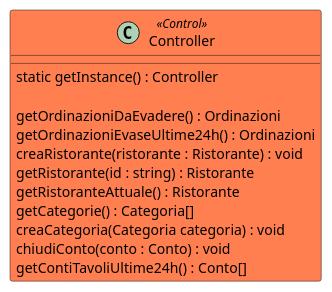
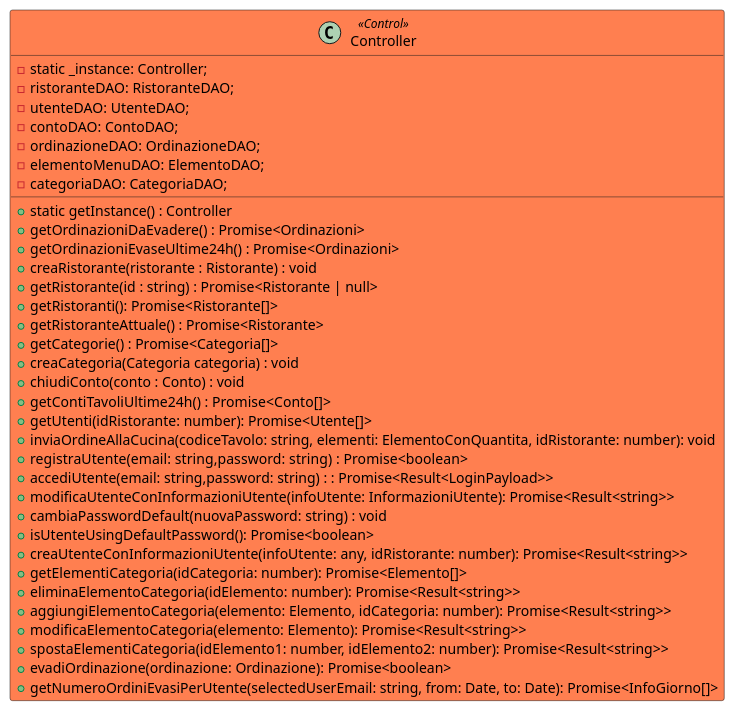
One commit to macro21KGB/Esame-INGSW-22-23 changed the diagram in diagrams/PUML/Controller.puml. Above: the diagram before and after it, drawn with PlantUML. The commit also changed 7 other files, not shown here.

```diff
--- a/diagrams/PUML/Controller.puml
+++ b/diagrams/PUML/Controller.puml
@@ -1,13 +1,35 @@
 class Controller <<Control>> #coral{
-static getInstance() : Controller 
-
-getOrdinazioniDaEvadere() : Ordinazioni
-getOrdinazioniEvaseUltime24h() : Ordinazioni
-creaRistorante(ristorante : Ristorante) : void
-getRistorante(id : string) : Ristorante
-getRistoranteAttuale() : Ristorante
-getCategorie() : Categoria[]
-creaCategoria(Categoria categoria) : void 
-chiudiConto(conto : Conto) : void
-getContiTavoliUltime24h() : Conto[]
++static getInstance() : Controller 
+- static _instance: Controller;
+- ristoranteDAO: RistoranteDAO;
+- utenteDAO: UtenteDAO;
+- contoDAO: ContoDAO;
+- ordinazioneDAO: OrdinazioneDAO;
+- elementoMenuDAO: ElementoDAO;
+- categoriaDAO: CategoriaDAO;
++getOrdinazioniDaEvadere() : Promise<Ordinazioni>
++getOrdinazioniEvaseUltime24h() : Promise<Ordinazioni>
++creaRistorante(ristorante : Ristorante) : void
++getRistorante(id : string) : Promise<Ristorante | null>
++getRistoranti(): Promise<Ristorante[]>
++getRistoranteAttuale() : Promise<Ristorante> 
++getCategorie() : Promise<Categoria[]>
++creaCategoria(Categoria categoria) : void 
++chiudiConto(conto : Conto) : void
++getContiTavoliUltime24h() : Promise<Conto[]>
++getUtenti(idRistorante: number): Promise<Utente[]>
++inviaOrdineAllaCucina(codiceTavolo: string, elementi: ElementoConQuantita, idRistorante: number): void
++registraUtente(email: string,password: string) :  Promise<boolean> 
++accediUtente(email: string,password: string) : : Promise<Result<LoginPayload>>
++modificaUtenteConInformazioniUtente(infoUtente: InformazioniUtente): Promise<Result<string>> 
++cambiaPasswordDefault(nuovaPassword: string) : void
++isUtenteUsingDefaultPassword(): Promise<boolean>
++creaUtenteConInformazioniUtente(infoUtente: any, idRistorante: number): Promise<Result<string>>
++getElementiCategoria(idCategoria: number): Promise<Elemento[]>
++eliminaElementoCategoria(idElemento: number): Promise<Result<string>>
++aggiungiElementoCategoria(elemento: Elemento, idCategoria: number): Promise<Result<string>>
++modificaElementoCategoria(elemento: Elemento): Promise<Result<string>>
++spostaElementiCategoria(idElemento1: number, idElemento2: number): Promise<Result<string>>
++evadiOrdinazione(ordinazione: Ordinazione): Promise<boolean> 
++getNumeroOrdiniEvasiPerUtente(selectedUserEmail: string, from: Date, to: Date): Promise<InfoGiorno[]>
 }
```
